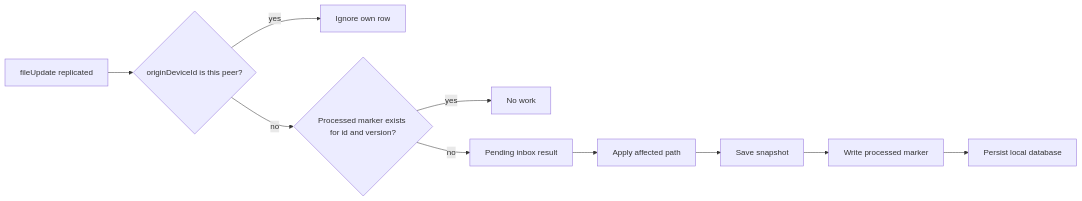
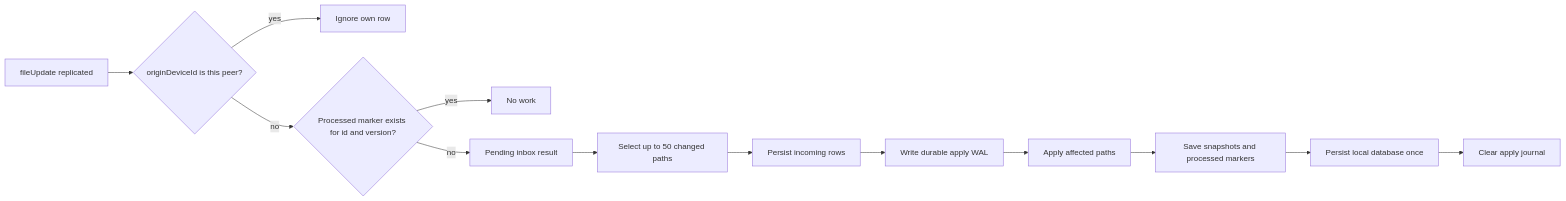
One commit to elcomtik/obsidian-local-sync changed the first of 4 diagrams in docs/sync-flow.md. Above: the diagram before and after it, drawn with Mermaid. The commit also changed other lines of this file and 13 other files, not shown here.

````diff
--- a/docs/sync-flow.md
+++ b/docs/sync-flow.md
@@ -14,12 +14,15 @@
 ```mermaid
 flowchart LR
   A[fileUpdate replicated] --> B{originDeviceId is this peer?}
   B -- yes --> C[Ignore own row]
   B -- no --> D{Processed marker exists for id and version?}
   D -- yes --> E[No work]
   D -- no --> F[Pending inbox result]
-  F --> G[Apply affected path]
-  G --> H[Save snapshot]
-  H --> I[Write processed marker]
-  I --> J[Persist local database]
+  F --> G[Select up to 50 changed paths]
+  G --> H[Persist incoming rows]
+  H --> I[Write durable apply WAL]
+  I --> J[Apply affected paths]
+  J --> K[Save snapshots and processed markers]
+  K --> L[Persist local database once]
+  L --> M[Clear apply journal]
 ```
````
